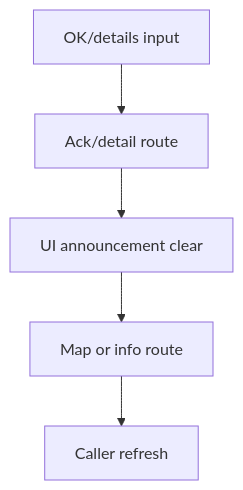
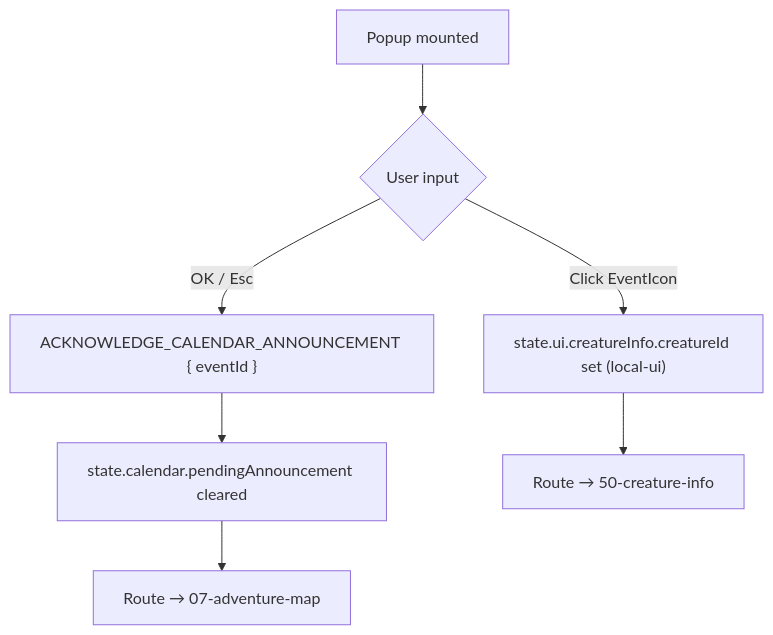
The third of 5 diagrams in docs/architecture/wiki/screens/58-week-month-popup/architecture.md (SunaNoOshiro/Heroes_Reforged_AI_Realms), drawn with Mermaid before and after one commit. The commit also changed other lines of this file and 518 other files, not shown here.

First line of the commit message:
Add doc-audit skill and sweep architecture/screen docs

````diff
--- a/docs/architecture/wiki/screens/58-week-month-popup/architecture.md
+++ b/docs/architecture/wiki/screens/58-week-month-popup/architecture.md
@@ -40,8 +45,9 @@
 ```mermaid
 flowchart TD
-  I0["OK/details input"] --> I1
-  I1["Ack/detail route"] --> I2
-  I2["UI announcement clear"] --> I3
-  I3["Map or info route"] --> I4
-  I4["Caller refresh"]
+  P["Popup mounted"] --> U{User input}
+  U -- "OK / Esc" --> ACK["ACKNOWLEDGE_CALENDAR_ANNOUNCEMENT { eventId }"]
+  ACK --> Clear["state.calendar.pendingAnnouncement cleared"]
+  Clear --> Map["Route → 07-adventure-map"]
+  U -- "Click EventIcon" --> Open["state.ui.creatureInfo.creatureId set (local-ui)"]
+  Open --> Cre["Route → 50-creature-info"]
 ```
````
